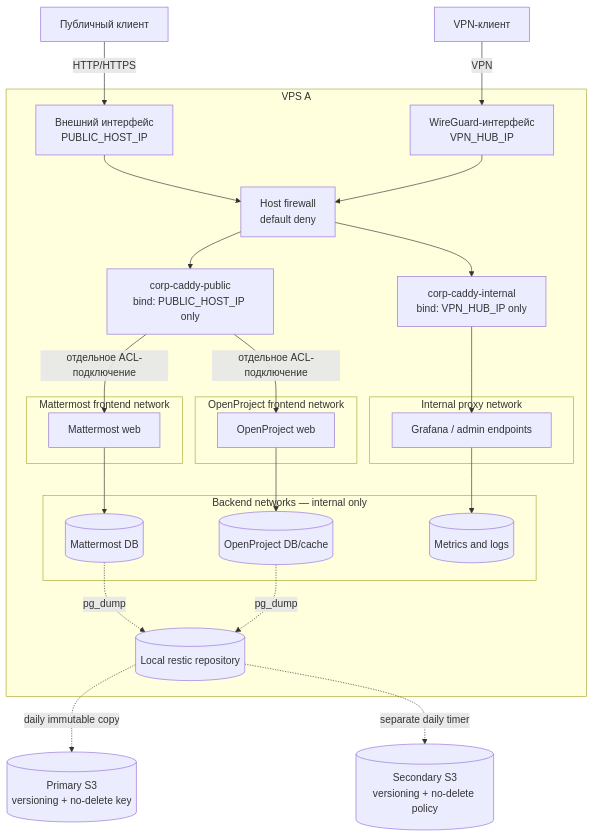
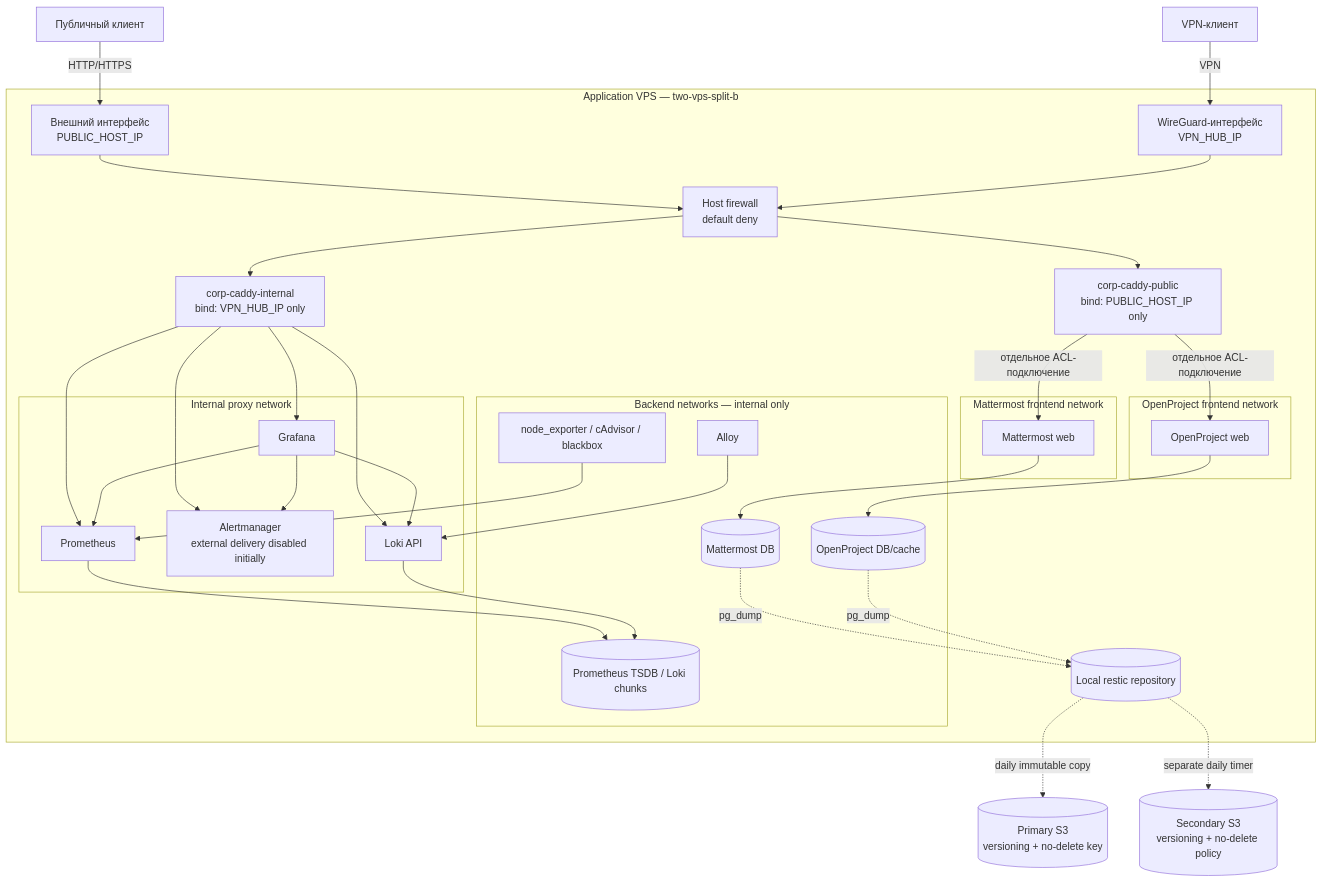
One commit to djd1m/corp-infra-bootstrap changed the second of 2 diagrams in for-humans/05-architecture-diagrams.md. Above: the diagram before and after it, drawn with Mermaid. The commit also changed other lines of this file and 3 other files, not shown here.

````diff
--- a/for-humans/05-architecture-diagrams.md
+++ b/for-humans/05-architecture-diagrams.md
@@ -61,51 +62,65 @@
 ```mermaid
 flowchart TB
     public_client[Публичный клиент]
     vpn_client[VPN-клиент]
 
-    subgraph host[VPS A]
+    subgraph host[Application VPS — two-vps-split-b]
         ext_if[Внешний интерфейс<br/>PUBLIC_HOST_IP]
         wg_if[WireGuard-интерфейс<br/>VPN_HUB_IP]
         firewall[Host firewall<br/>default deny]
 
         public_caddy[corp-caddy-public<br/>bind: PUBLIC_HOST_IP only]
         internal_caddy[corp-caddy-internal<br/>bind: VPN_HUB_IP only]
 
         subgraph mm_front[Mattermost frontend network]
             mm_web[Mattermost web]
         end
         subgraph op_front[OpenProject frontend network]
             op_web[OpenProject web]
         end
         subgraph admin_front[Internal proxy network]
-            admin_web[Grafana / admin endpoints]
+            grafana[Grafana]
+            prometheus[Prometheus]
+            alertmanager[Alertmanager<br/>external delivery disabled initially]
+            loki_api[Loki API]
         end
 
         subgraph private_data[Backend networks — internal only]
             mm_db[(Mattermost DB)]
             op_db[(OpenProject DB/cache)]
-            metrics[(Metrics and logs)]
+            exporters[node_exporter / cAdvisor / blackbox]
+            alloy[Alloy]
+            metrics[(Prometheus TSDB / Loki chunks)]
         end
 
         local_restic[(Local restic repository)]
 
         ext_if --> firewall --> public_caddy
         wg_if --> firewall --> internal_caddy
         public_caddy -->|отдельное ACL-подключение| mm_web
         public_caddy -->|отдельное ACL-подключение| op_web
-        internal_caddy --> admin_web
+        internal_caddy --> grafana
+        internal_caddy --> prometheus
+        internal_caddy --> alertmanager
+        internal_caddy --> loki_api
         mm_web --> mm_db
         op_web --> op_db
-        admin_web --> metrics
+        exporters --> prometheus
+        alloy --> loki_api
+        prometheus --> metrics
+        loki_api --> metrics
+        grafana --> prometheus
+        grafana --> loki_api
+        grafana --> alertmanager
         mm_db -. pg_dump .-> local_restic
         op_db -. pg_dump .-> local_restic
     end
 
     primary_s3[(Primary S3<br/>versioning + no-delete key)]
     secondary_s3[(Secondary S3<br/>versioning + no-delete policy)]
 
     public_client -->|HTTP/HTTPS| ext_if
     vpn_client -->|VPN| wg_if
     local_restic -. daily immutable copy .-> primary_s3
     local_restic -. separate daily timer .-> secondary_s3
 ```
````
